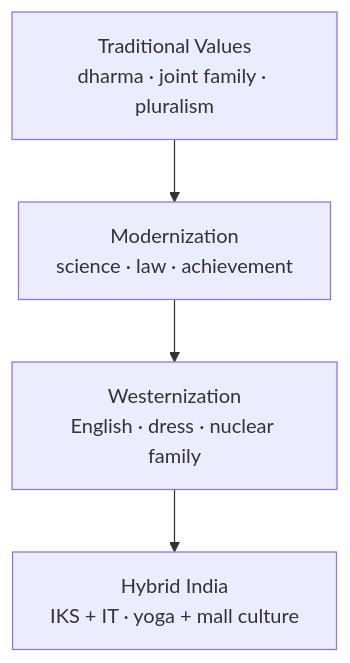
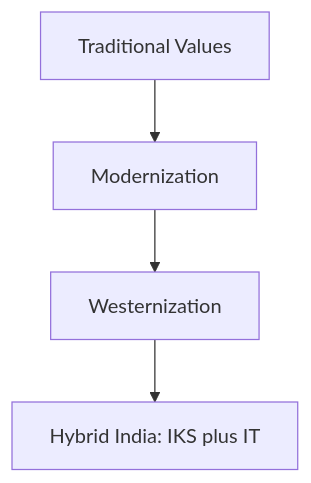
The diagram in mains-pyqs/GS-1/08_LPG_Globalization/02_Modernization_Westernization.md (nitishpratap/UP-PCS), drawn with Mermaid before and after one commit. The commit also changed other lines of this file and 97 other files, not shown here.

````diff
--- a/mains-pyqs/GS-1/08_LPG_Globalization/02_Modernization_Westernization.md
+++ b/mains-pyqs/GS-1/08_LPG_Globalization/02_Modernization_Westernization.md
@@ -91,6 +82,6 @@
 ```mermaid
 flowchart TD
-  T[Traditional Values<br/>dharma · joint family · pluralism] --> M[Modernization<br/>science · law · achievement]
-  M --> W[Westernization<br/>English · dress · nuclear family]
-  W --> H[Hybrid India<br/>IKS + IT · yoga + mall culture]
+  T[Traditional Values] --> M[Modernization]
+  M --> W[Westernization]
+  W --> H[Hybrid India: IKS plus IT]
 ```
````
